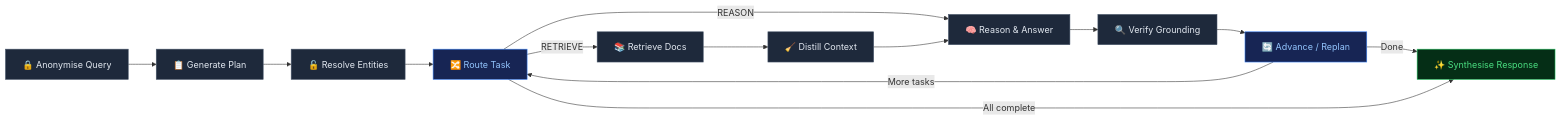
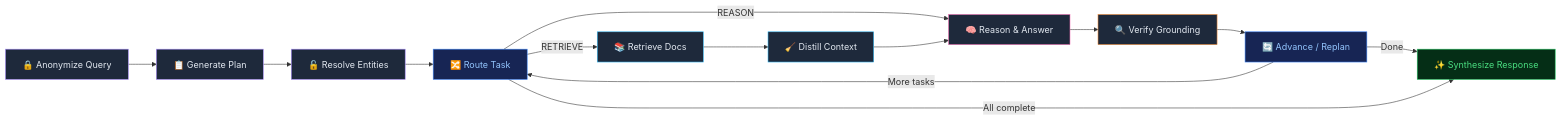
Before and after one commit to Jay14090/IntelliQuery-RAG: the diagram in README.md, drawn with Mermaid. The commit also changed other lines of this file and 1 other file, not shown here.

Commit message:
docs: colorful README rewrite with plain-English intro, tech stack, unique features, architecture, and roadmap

````diff
--- a/README.md
+++ b/README.md
@@ -34,26 +133,26 @@
 ```mermaid
 graph LR
-    A["🔒 Anonymise Query"] --> B["📋 Generate Plan"]
+    A["🔒 Anonymize Query"] --> B["📋 Generate Plan"]
     B --> C["🔓 Resolve Entities"]
     C --> D["🔀 Route Task"]
     D -->|RETRIEVE| E["📚 Retrieve Docs"]
     D -->|REASON| G["🧠 Reason & Answer"]
     E --> F["🧹 Distill Context"]
     F --> G
     G --> H["🔍 Verify Grounding"]
     H --> I["🔄 Advance / Replan"]
     I -->|More tasks| D
-    I -->|Done| J["✨ Synthesise Response"]
+    I -->|Done| J["✨ Synthesize Response"]
     D -->|All complete| J
 
-    style A fill:#1e293b,stroke:#475569,color:#e2e8f0
-    style B fill:#1e293b,stroke:#475569,color:#e2e8f0
-    style C fill:#1e293b,stroke:#475569,color:#e2e8f0
+    style A fill:#1e293b,stroke:#a78bfa,color:#e2e8f0
+    style B fill:#1e293b,stroke:#a78bfa,color:#e2e8f0
+    style C fill:#1e293b,stroke:#a78bfa,color:#e2e8f0
     style D fill:#172554,stroke:#3b82f6,color:#93c5fd
-    style E fill:#1e293b,stroke:#475569,color:#e2e8f0
-    style F fill:#1e293b,stroke:#475569,color:#e2e8f0
-    style G fill:#1e293b,stroke:#475569,color:#e2e8f0
-    style H fill:#1e293b,stroke:#475569,color:#e2e8f0
+    style E fill:#1e293b,stroke:#38bdf8,color:#e2e8f0
+    style F fill:#1e293b,stroke:#38bdf8,color:#e2e8f0
+    style G fill:#1e293b,stroke:#f472b6,color:#e2e8f0
+    style H fill:#1e293b,stroke:#fb923c,color:#e2e8f0
     style I fill:#172554,stroke:#3b82f6,color:#93c5fd
     style J fill:#052e16,stroke:#22c55e,color:#4ade80
 ```
````
